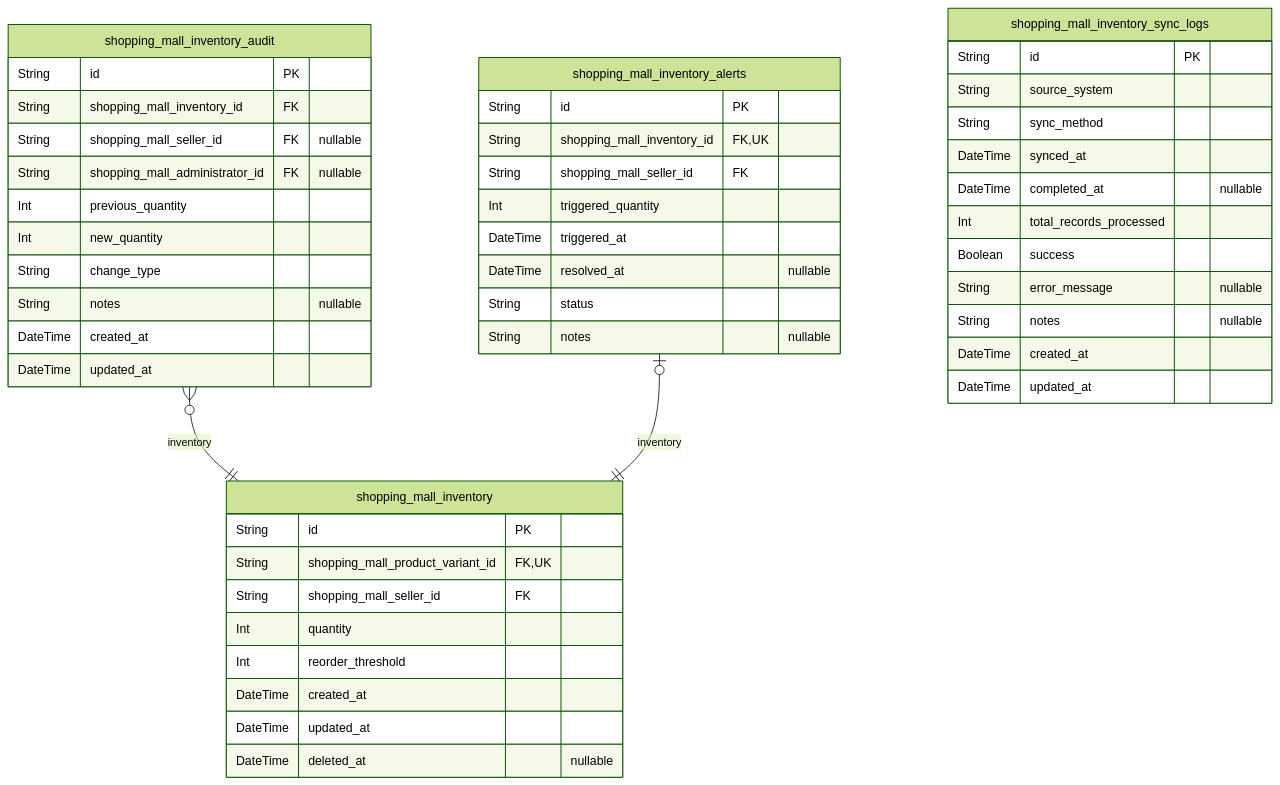
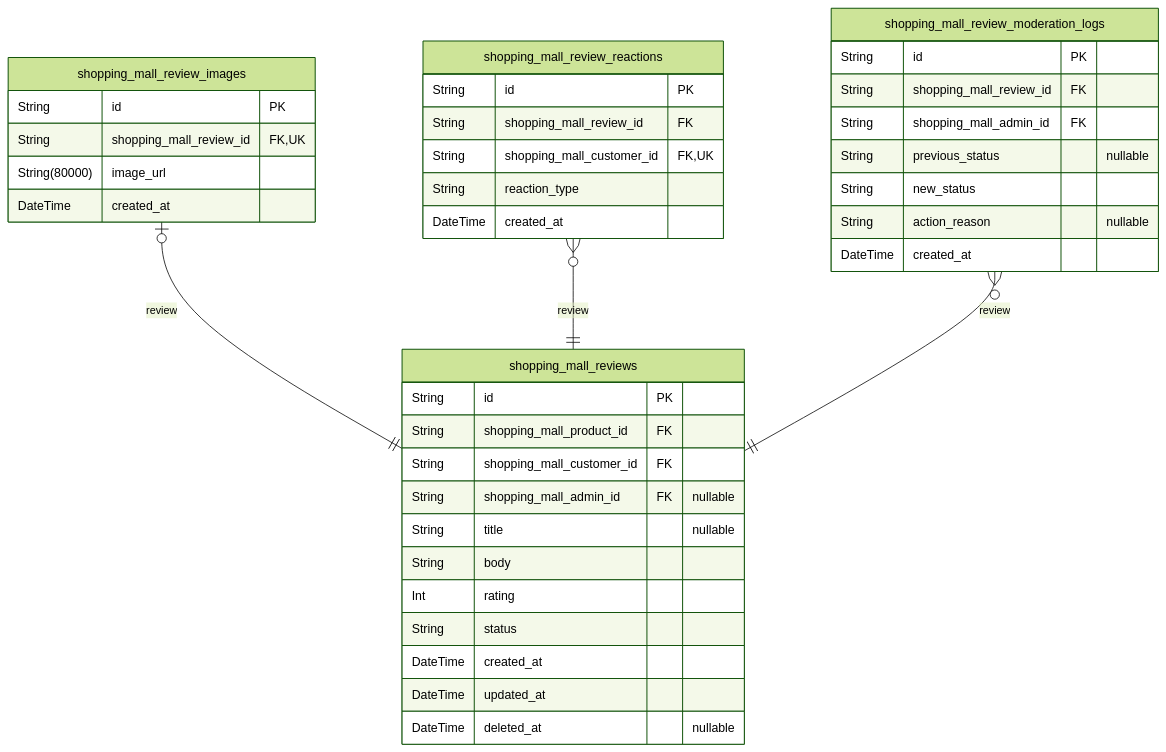
The sixth of 10 diagrams in qwen/qwen3-next-80b-a3b-instruct/shopping/docs/ERD.md (wrtnlabs/autobe-examples), drawn with Mermaid (forest theme) before and after one commit. The commit also changed other lines of this file and 7173 other files, not shown here.

````diff
--- a/qwen/qwen3-next-80b-a3b-instruct/shopping/docs/ERD.md
+++ b/qwen/qwen3-next-80b-a3b-instruct/shopping/docs/ERD.md
@@ -1403,50 +1396,41 @@
 ```mermaid
 erDiagram
-"shopping_mall_inventory" {
+"shopping_mall_reviews" {
   String id PK
-  String shopping_mall_product_variant_id FK,UK
-  String shopping_mall_seller_id FK
-  Int quantity
-  Int reorder_threshold
+  String shopping_mall_product_id FK
+  String shopping_mall_customer_id FK
+  String shopping_mall_admin_id FK "nullable"
+  String title "nullable"
+  String body
+  Int rating
+  String status
   DateTime created_at
   DateTime updated_at
   DateTime deleted_at "nullable"
 }
-"shopping_mall_inventory_audit" {
+"shopping_mall_review_images" {
   String id PK
-  String shopping_mall_inventory_id FK
-  String shopping_mall_seller_id FK "nullable"
-  String shopping_mall_administrator_id FK "nullable"
-  Int previous_quantity
-  Int new_quantity
-  String change_type
-  String notes "nullable"
+  String shopping_mall_review_id FK,UK
+  String(80000) image_url
   DateTime created_at
-  DateTime updated_at
 }
-"shopping_mall_inventory_alerts" {
+"shopping_mall_review_reactions" {
   String id PK
-  String shopping_mall_inventory_id FK,UK
-  String shopping_mall_seller_id FK
-  Int triggered_quantity
-  DateTime triggered_at
-  DateTime resolved_at "nullable"
-  String status
-  String notes "nullable"
+  String shopping_mall_review_id FK
+  String shopping_mall_customer_id FK,UK
+  String reaction_type
+  DateTime created_at
 }
-"shopping_mall_inventory_sync_logs" {
+"shopping_mall_review_moderation_logs" {
   String id PK
-  String source_system
-  String sync_method
-  DateTime synced_at
-  DateTime completed_at "nullable"
-  Int total_records_processed
-  Boolean success
-  String error_message "nullable"
-  String notes "nullable"
+  String shopping_mall_review_id FK
+  String shopping_mall_admin_id FK
+  String previous_status "nullable"
+  String new_status
+  String action_reason "nullable"
   DateTime created_at
-  DateTime updated_at
 }
-"shopping_mall_inventory_audit" }o--|| "shopping_mall_inventory" : inventory
-"shopping_mall_inventory_alerts" |o--|| "shopping_mall_inventory" : inventory
+"shopping_mall_review_images" |o--|| "shopping_mall_reviews" : review
+"shopping_mall_review_reactions" }o--|| "shopping_mall_reviews" : review
+"shopping_mall_review_moderation_logs" }o--|| "shopping_mall_reviews" : review
 ```
````
